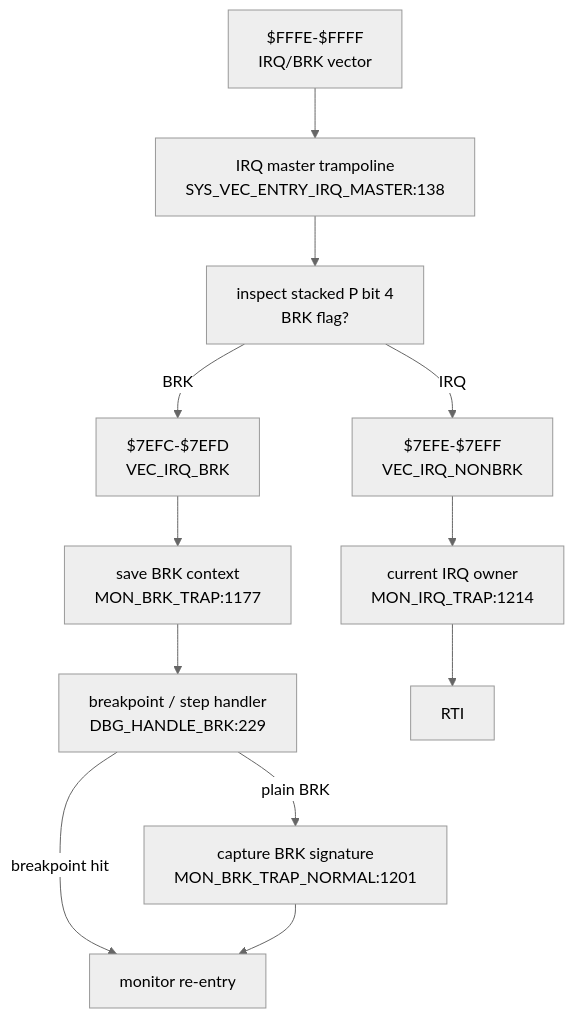
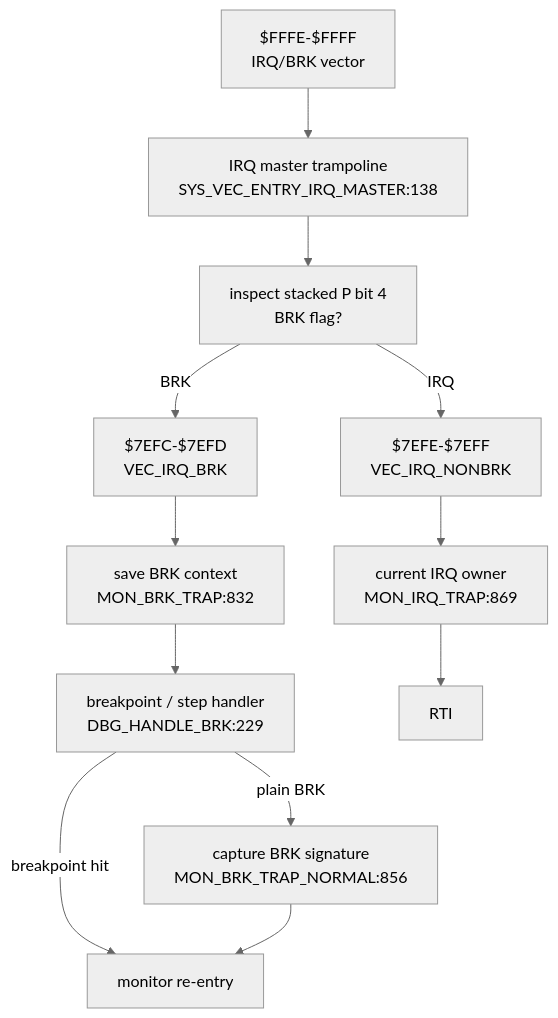
The fifth of 6 diagrams in DOC/GENERATED/INTERRUPT_VECTOR_MAP.md (95westus/R-YORS), drawn with Mermaid (neutral theme) before and after one commit. The commit also changed other lines of this file and 243 other files, not shown here.

````diff
--- a/DOC/GENERATED/INTERRUPT_VECTOR_MAP.md
+++ b/DOC/GENERATED/INTERRUPT_VECTOR_MAP.md
@@ -75,14 +75,14 @@
 ```mermaid
 flowchart TD
     IRQV["$FFFE-$FFFF<br/>IRQ/BRK vector"] --> IRQMASTER["IRQ master trampoline<br/>SYS_VEC_ENTRY_IRQ_MASTER:138"]
     IRQMASTER --> SPLIT["inspect stacked P bit 4<br/>BRK flag?"]
     SPLIT -->|BRK| VECBRK["$7EFC-$7EFD<br/>VEC_IRQ_BRK"]
     SPLIT -->|IRQ| VECIRQ["$7EFE-$7EFF<br/>VEC_IRQ_NONBRK"]
-    VECBRK --> BRKTRAP["save BRK context<br/>MON_BRK_TRAP:1177"]
+    VECBRK --> BRKTRAP["save BRK context<br/>MON_BRK_TRAP:832"]
     BRKTRAP --> DBGBRK["breakpoint / step handler<br/>DBG_HANDLE_BRK:229"]
     DBGBRK -->|breakpoint hit| REENTER["monitor re-entry"]
-    DBGBRK -->|plain BRK| BRKNORMAL["capture BRK signature<br/>MON_BRK_TRAP_NORMAL:1201"]
+    DBGBRK -->|plain BRK| BRKNORMAL["capture BRK signature<br/>MON_BRK_TRAP_NORMAL:856"]
     BRKNORMAL --> REENTER
-    VECIRQ --> IRQTRAP["current IRQ owner<br/>MON_IRQ_TRAP:1214"]
+    VECIRQ --> IRQTRAP["current IRQ owner<br/>MON_IRQ_TRAP:869"]
     IRQTRAP --> RTIIRQ["RTI"]
 ```
````
